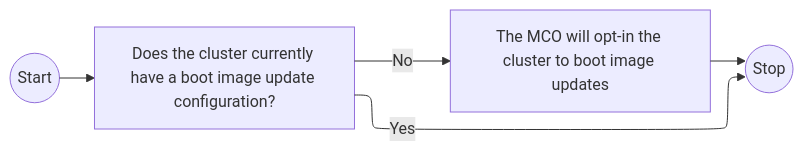
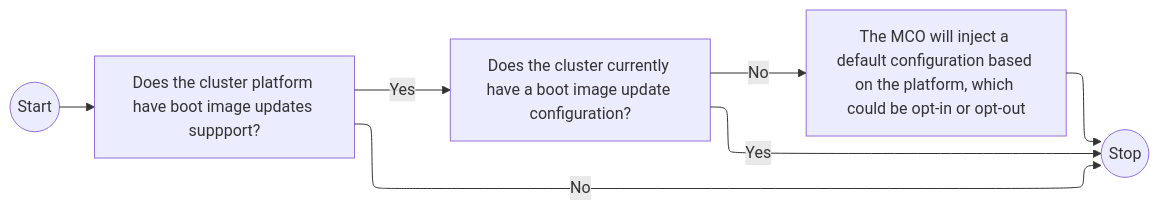
The second of 2 diagrams in enhancements/machine-config/manage-boot-images.md (openshift/enhancements), drawn with Mermaid before and after one commit. The commit also changed other lines of this file, not shown here.

Commit message:
drafted skew enforcement API, updated timeline

````diff
--- a/enhancements/machine-config/manage-boot-images.md
+++ b/enhancements/machine-config/manage-boot-images.md
@@ -662,7 +691,9 @@
 ```mermaid
 flowchart-elk LR;
-    Start((Start)) -->MachineConfigurationCheck[Does the cluster currently have a boot image update configuration?]
+    Start((Start)) -->PlatformCheck[Does the cluster platform have boot image updates suppport?]
+    PlatformCheck -->|Yes|MachineConfigurationCheck[Does the cluster currently have a boot image update configuration?]
+    PlatformCheck -->|No| Stop ;
     MachineConfigurationCheck -->|Yes|Stop
-    MachineConfigurationCheck -->|No| UpdateConfig[The MCO will opt-in the cluster to boot image updates] ;
+    MachineConfigurationCheck -->|No| UpdateConfig["The MCO will inject a default configuration based on the platform, which could be opt-in or opt-out"] ;    
     UpdateConfig --> Stop((Stop));
 ```
````
